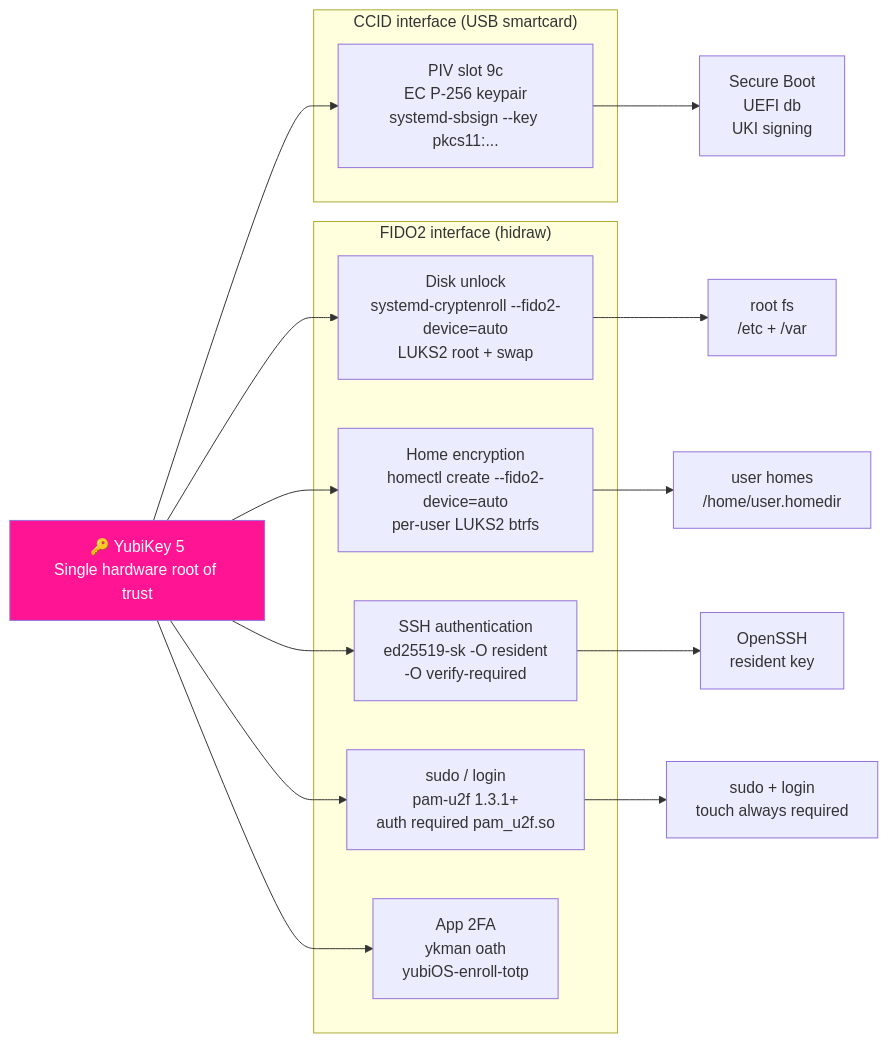
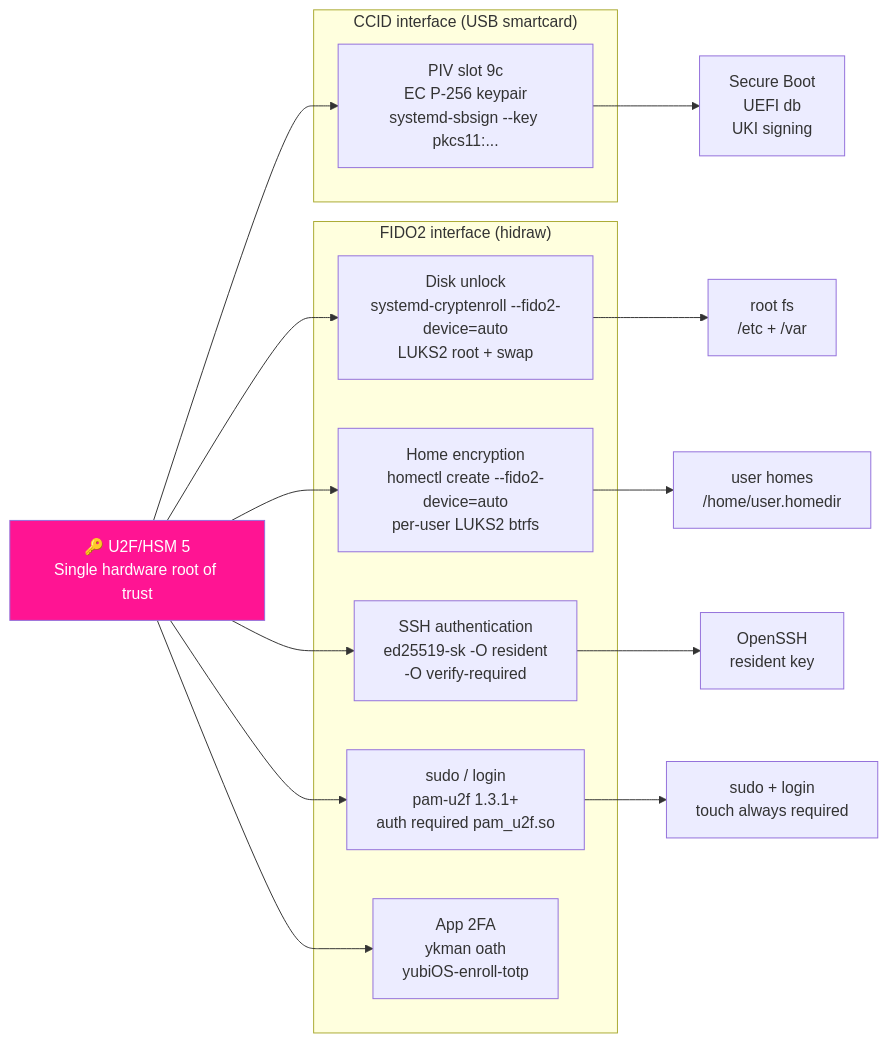
Before and after one commit to yubi-OS/yubiOS: the first of 12 diagrams in docs/ARCHITECTURE.md, drawn with Mermaid. The commit also changed other lines of this file and 292 other files, not shown here.

Commit message:
chore(repo): replace YubiKey/Yubikey/yubikey references with U2F/HSM across docs, scripts, tests, and workflows

````diff
--- a/docs/ARCHITECTURE.md
+++ b/docs/ARCHITECTURE.md
@@ -31,31 +31,31 @@
 ```mermaid
 graph LR
-    YK["🔑 YubiKey 5\nSingle hardware root of trust"]
+    YK["🔑 U2F/HSM 5\nSingle hardware root of trust"]
 
     subgraph CCID["CCID interface (USB smartcard)"]
         PIV["PIV slot 9c\nEC P-256 keypair\nsystemd-sbsign --key pkcs11:..."]
     end
 
     subgraph HIDRAW["FIDO2 interface (hidraw)"]
         DISK["Disk unlock\nsystemd-cryptenroll --fido2-device=auto\nLUKS2 root + swap"]
         HOME["Home encryption\nhomectl create --fido2-device=auto\nper-user LUKS2 btrfs"]
         SSH["SSH authentication\ned25519-sk -O resident\n-O verify-required"]
         PAM["sudo / login\npam-u2f 1.3.1+\nauth required pam_u2f.so"]
         TOTP["App 2FA\nykman oath\nyubiOS-enroll-totp"]
     end
 
     YK --> PIV
     YK --> DISK
     YK --> HOME
     YK --> SSH
     YK --> PAM
     YK --> TOTP
 
     PIV --> SB["Secure Boot\nUEFI db\nUKI signing"]
     DISK --> ROOT["root fs\n/etc + /var"]
     HOME --> HOMES["user homes\n/home/user.homedir"]
     SSH --> SSHD["OpenSSH\nresident key"]
     PAM --> SUDO["sudo + login\ntouch always required"]
 
     style YK fill:#ff1493,color:#fff
 ```
````
